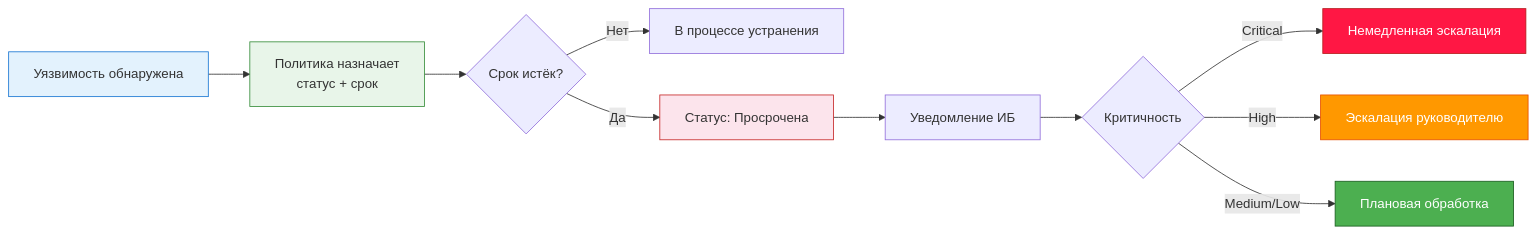
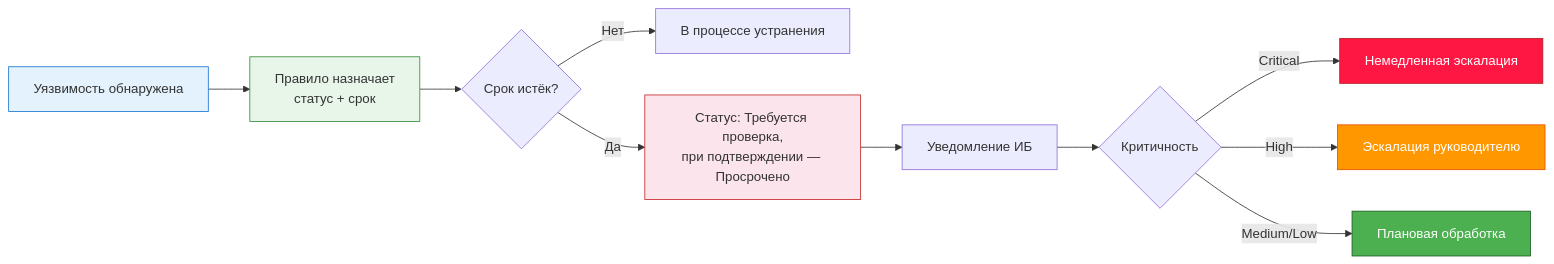
Before and after one commit to ale88andr/obs-vault: the second of 3 diagrams in InfoSec/PositiveTechnologies/MaxPatrol VM/6. Автоматизация и политики.md, drawn with Mermaid. The commit also changed other lines of this file and 16 other files, not shown here.

````diff
--- a/InfoSec/PositiveTechnologies/MaxPatrol VM/6. Автоматизация и политики.md
+++ b/InfoSec/PositiveTechnologies/MaxPatrol VM/6. Автоматизация и политики.md
@@ -211,19 +230,19 @@
 ```mermaid
 graph LR
-    A[Уязвимость обнаружена] --> B[Политика назначает<br/>статус + срок]
+    A[Уязвимость обнаружена] --> B[Правило назначает<br/>статус + срок]
     B --> C{Срок истёк?}
     C -->|Нет| D[В процессе устранения]
-    C -->|Да| E[Статус: Просрочена]
+    C -->|Да| E[Статус: Требуется проверка,<br/>при подтверждении — Просрочено]
     E --> F[Уведомление ИБ]
     F --> G{Критичность}
     G -->|Critical| H[Немедленная эскалация]
     G -->|High| I[Эскалация руководителю]
     G -->|Medium/Low| J[Плановая обработка]
 
     style A fill:#e3f2fd,stroke:#1976d2
     style B fill:#e8f5e9,stroke:#388e3c
     style E fill:#fce4ec,stroke:#c62828
     style H fill:#ff1744,stroke:#b71c1c,color:#fff
     style I fill:#ff9800,stroke:#e65100,color:#fff
     style J fill:#4caf50,stroke:#1b5e20,color:#fff
 ```
````
